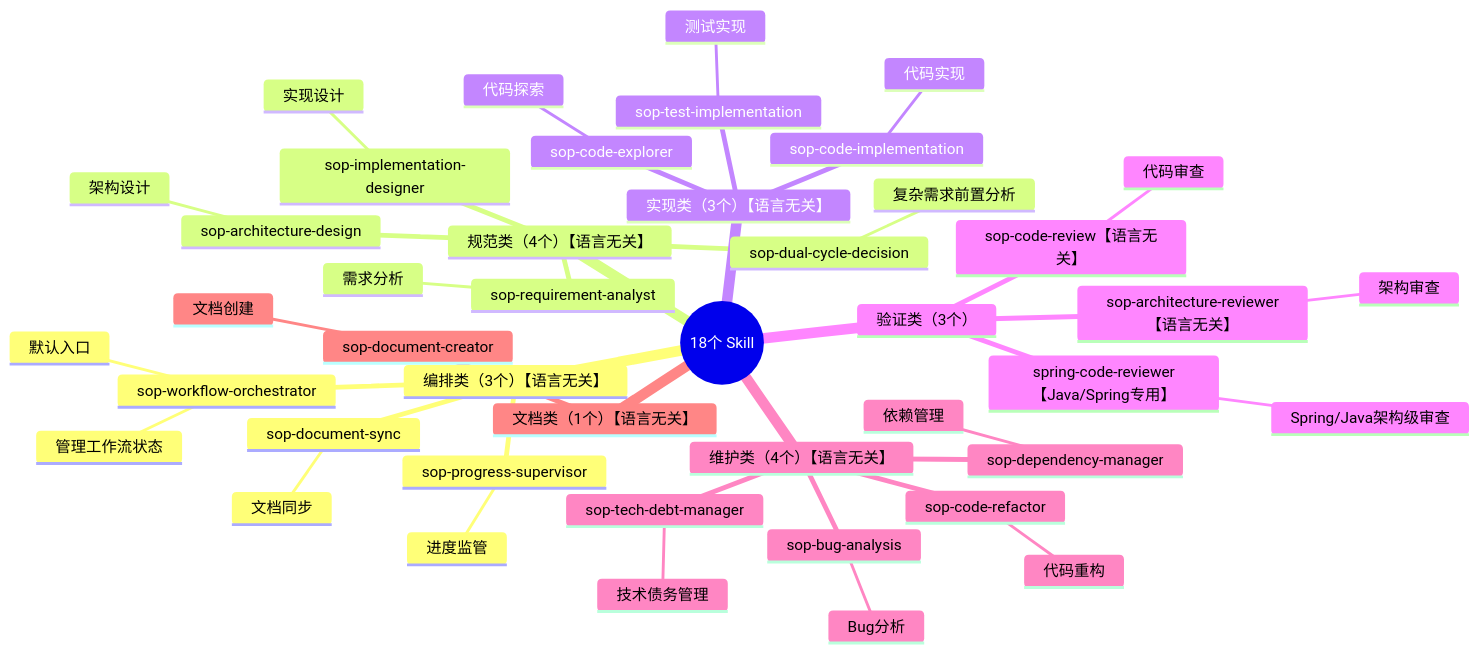
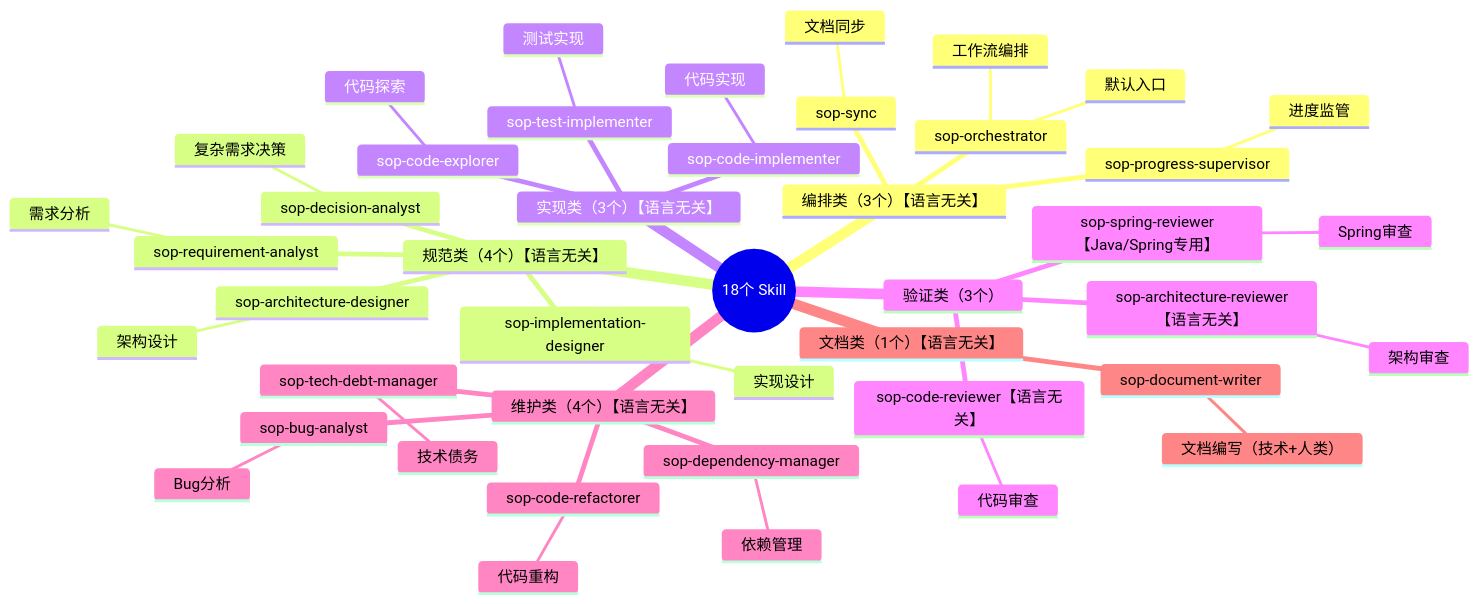
Before and after one commit to luckyMUMU/mumu-sop: the diagram in plugins/mumu-sop/index.md, drawn with Mermaid. The commit also changed other lines of this file and 76 other files, not shown here.

````diff
--- a/plugins/mumu-sop/index.md
+++ b/plugins/mumu-sop/index.md
@@ -15,47 +15,47 @@
 ```mermaid
 mindmap
   root((18个 Skill))
     编排类（3个）【语言无关】
-      sop-workflow-orchestrator
+      sop-orchestrator
+        工作流编排
         默认入口
-        管理工作流状态
-      sop-document-sync
+      sop-sync
         文档同步
       sop-progress-supervisor
         进度监管
     规范类（4个）【语言无关】
-      sop-dual-cycle-decision
-        复杂需求前置分析
+      sop-decision-analyst
+        复杂需求决策
       sop-requirement-analyst
         需求分析
-      sop-architecture-design
+      sop-architecture-designer
         架构设计
       sop-implementation-designer
         实现设计
     实现类（3个）【语言无关】
       sop-code-explorer
         代码探索
-      sop-code-implementation
+      sop-code-implementer
         代码实现
-      sop-test-implementation
+      sop-test-implementer
         测试实现
     验证类（3个）
       sop-architecture-reviewer【语言无关】
         架构审查
-      sop-code-review【语言无关】
+      sop-code-reviewer【语言无关】
         代码审查
-      spring-code-reviewer【Java/Spring专用】
-        Spring/Java架构级审查
+      sop-spring-reviewer【Java/Spring专用】
+        Spring审查
     维护类（4个）【语言无关】
-      sop-bug-analysis
+      sop-bug-analyst
         Bug分析
-      sop-code-refactor
+      sop-code-refactorer
         代码重构
       sop-tech-debt-manager
-        技术债务管理
+        技术债务
       sop-dependency-manager
         依赖管理
     文档类（1个）【语言无关】
-      sop-document-creator
-        文档创建
+      sop-document-writer
+        文档编写（技术+人类）
 ```
````
